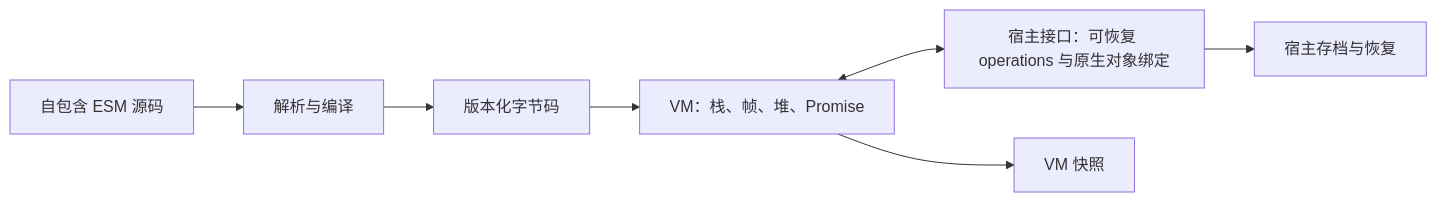
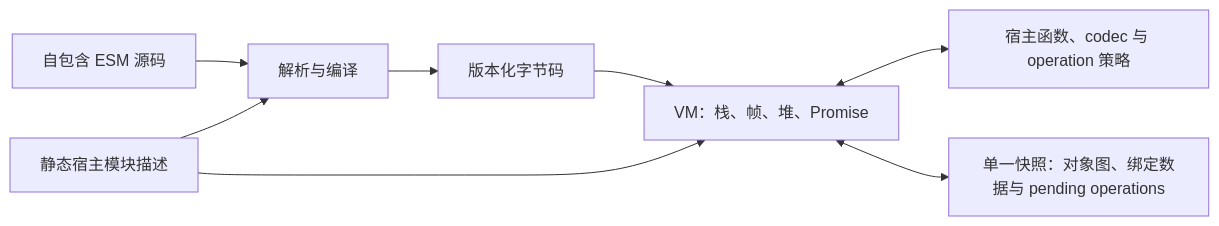
The diagram in docs/design.md (codehz/yield-js), drawn with Mermaid before and after one commit. The commit also changed other lines of this file, not shown here.

````diff
--- a/docs/design.md
+++ b/docs/design.md
@@ -71,9 +70,10 @@
 ```mermaid
 flowchart LR
     A[自包含 ESM 源码] --> B[解析与编译]
     B --> C[版本化字节码]
     C --> D[VM：栈、帧、堆、Promise]
-    D <--> E[宿主接口：可恢复 operations 与原生对象绑定]
-    D --> F[VM 快照]
-    E --> G[宿主存档与恢复]
+    E[静态宿主模块描述] --> B
+    E --> D
+    D <--> H[宿主函数、codec 与 operation 策略]
+    D <--> F[单一快照：对象图、绑定数据与 pending operations]
 ```
````
